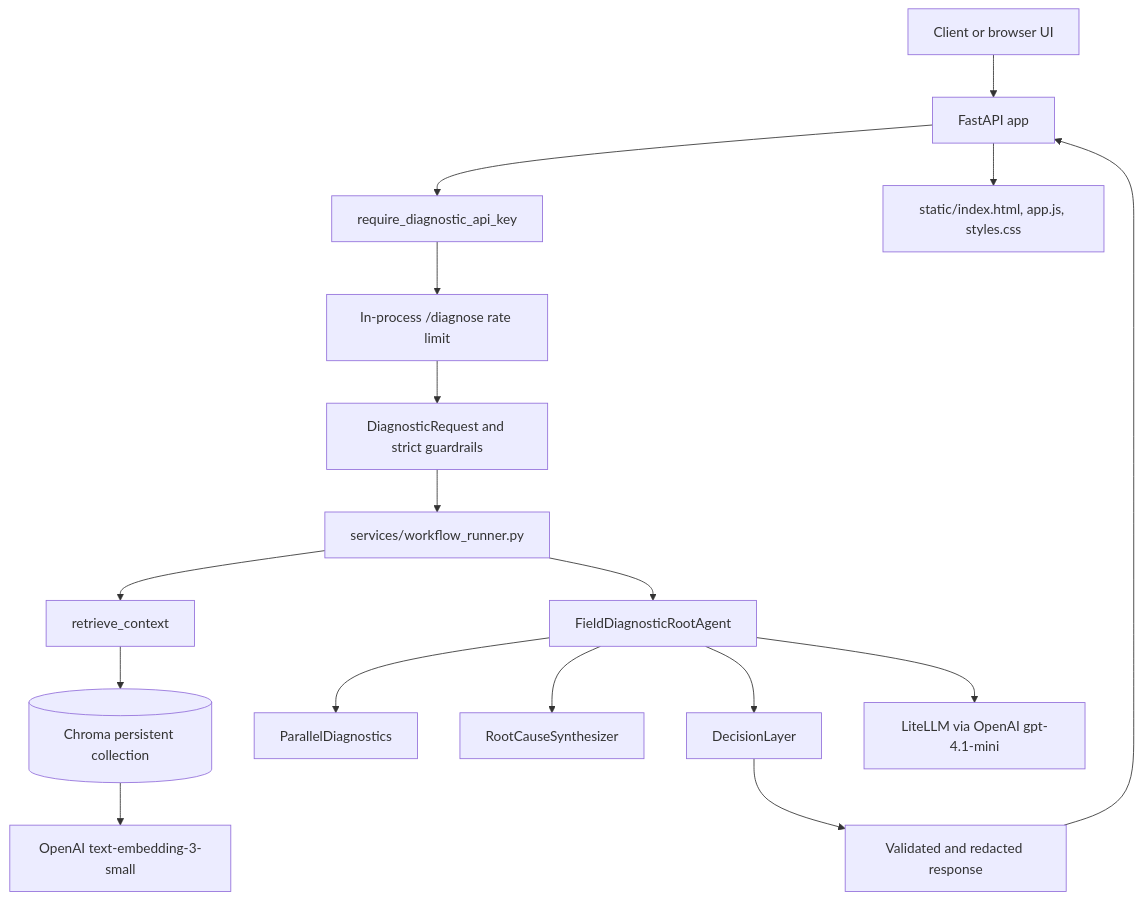
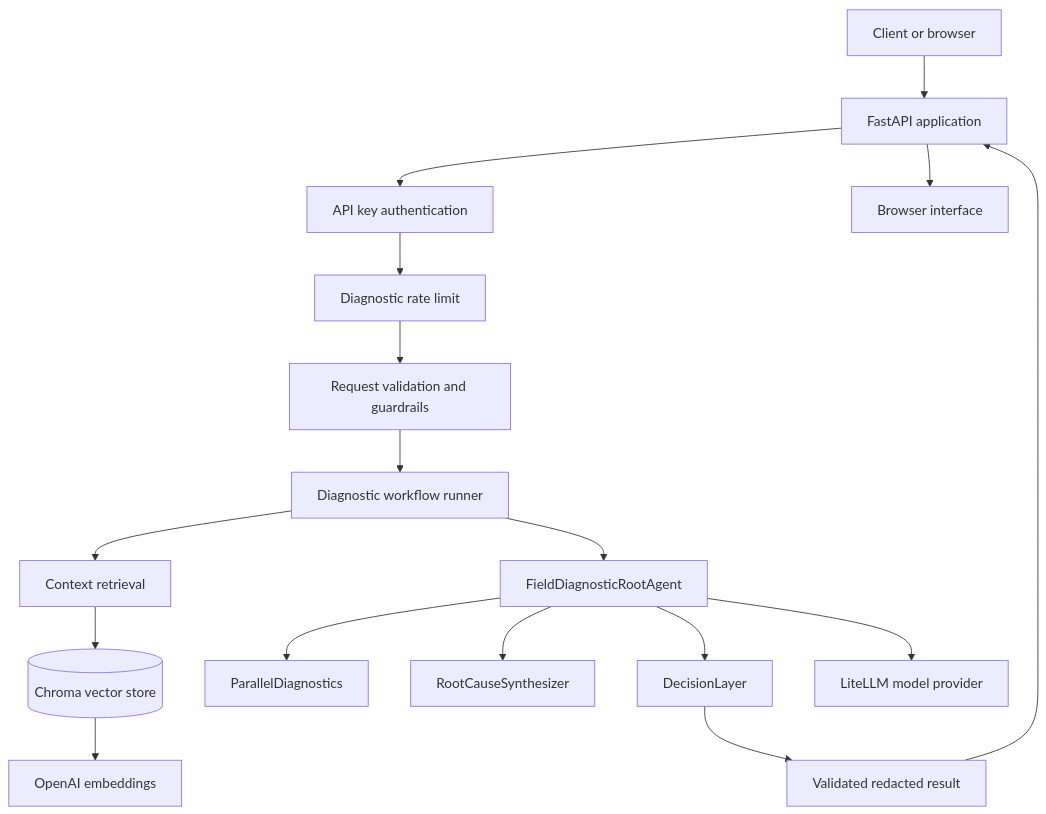
The first of 5 diagrams in README.md (SidIos25/AI_FIELD_DIAGNOSTIC), drawn with Mermaid before and after one commit. The commit also changed other lines of this file, not shown here.

Commit message:
Revise architecture and flow diagrams in README

````diff
--- a/README.md
+++ b/README.md
@@ -56,19 +56,19 @@
 ```mermaid
 flowchart TD
-      C[Client or browser UI] --> API[FastAPI app]
-      API --> AUTH[require_diagnostic_api_key]
-      AUTH --> LIMIT[In-process /diagnose rate limit]
-      LIMIT --> VALIDATE[DiagnosticRequest and strict guardrails]
-      VALIDATE --> WF[services/workflow_runner.py]
-      WF --> RAG[retrieve_context]
-      RAG --> VS[(Chroma persistent collection)]
-      VS --> EMB[OpenAI text-embedding-3-small]
+   C[Client or browser] --> API[FastAPI application]
+   API --> AUTH[API key authentication]
+   AUTH --> LIMIT[Diagnostic rate limit]
+   LIMIT --> VALIDATE[Request validation and guardrails]
+   VALIDATE --> WF[Diagnostic workflow runner]
+   WF --> RAG[Context retrieval]
+   RAG --> VS[(Chroma vector store)]
+   VS --> EMB[OpenAI embeddings]
       WF --> ROOT[FieldDiagnosticRootAgent]
       ROOT --> DIAG[ParallelDiagnostics]
       ROOT --> SYNTH[RootCauseSynthesizer]
       ROOT --> DECIDE[DecisionLayer]
-      DECIDE --> OUT[Validated and redacted response]
+   DECIDE --> OUT[Validated redacted result]
       OUT --> API
-      ROOT --> LLM[LiteLLM via OpenAI gpt-4.1-mini]
-      API --> UI[static/index.html, app.js, styles.css]
+   ROOT --> LLM[LiteLLM model provider]
+   API --> UI[Browser interface]
 ```
````
